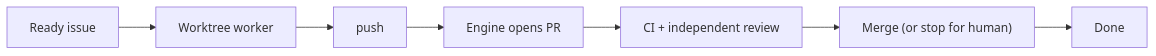
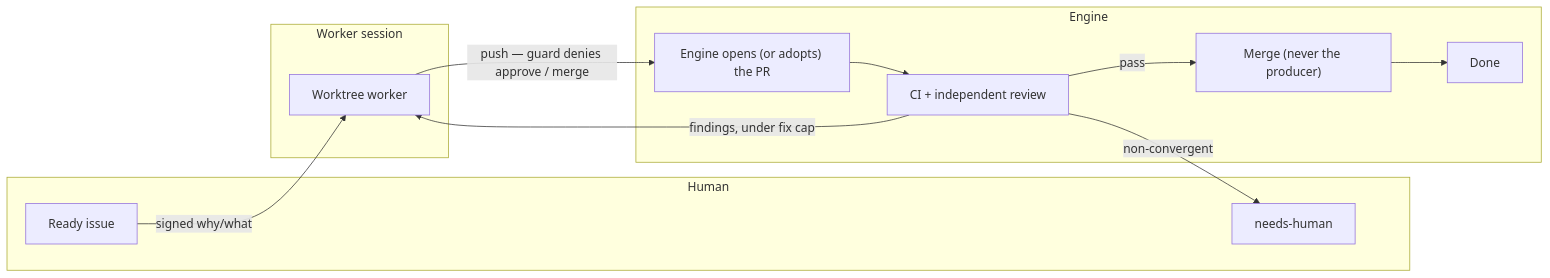
Before and after one commit to herehigher/sapwood: the diagram in docs/assets/hero-loop.mmd, drawn with Mermaid. The commit also changed 10 other files, not shown here.

First line of the commit message:
docs(readme): governance-visible diagrams — hero lanes + gate, architecture controls/verdict, round loop replaces worker-lifecycle (#1146) (#1151)

```diff
--- a/docs/assets/hero-loop.mmd
+++ b/docs/assets/hero-loop.mmd
@@ -1,7 +1,21 @@
 flowchart LR
-A["Ready issue"] --> B["Worktree worker"]
-B --> C["push"]
-C --> D["Engine opens PR"]
-D --> E["CI + independent review"]
-E --> F["Merge (or stop for human)"]
-F --> G["Done"]
+subgraph H["Human"]
+A["Ready issue"]
+N["needs-human"]
+end
+subgraph W["Worker session"]
+B["Worktree worker"]
+end
+subgraph E["Engine"]
+C["Engine opens (or adopts) the PR"]
+D["CI + independent review"]
+F["Merge (never the producer)"]
+G["Done"]
+end
+A -->|"signed why/what"| B
+B -->|"push — guard denies approve / merge"| C
+C --> D
+D -->|pass| F
+D -->|"findings, under fix cap"| B
+D -->|"non-convergent"| N
+F --> G
```
